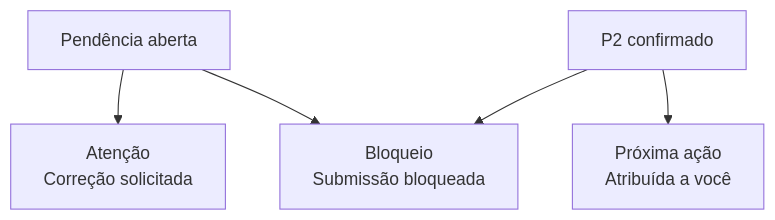
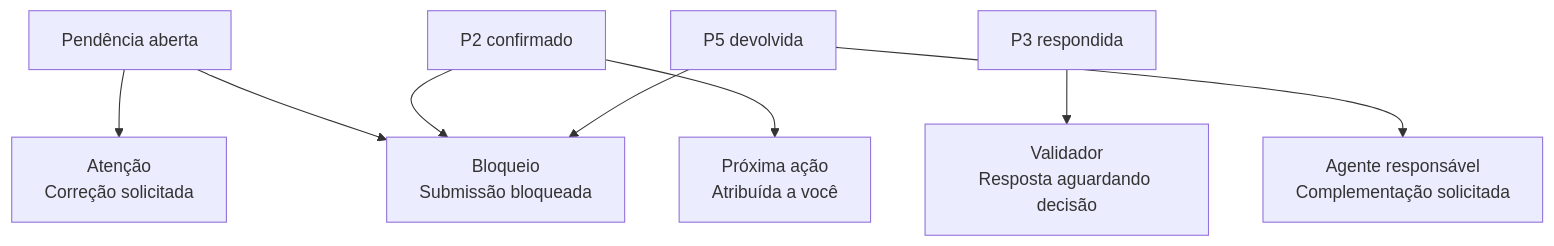
One commit to ailtonfv/governanca-lgpd-hortolandia changed diagram 22 of 25 in README.md. Above: the diagram before and after it, drawn with Mermaid. The commit also changed other lines of this file and 12 other files, not shown here.

````diff
--- a/README.md
+++ b/README.md
@@ -749,7 +806,10 @@
 ```mermaid
 flowchart TD
     A["Pendência aberta"] --> C["Atenção<br/>Correção solicitada"]
     A --> B["Bloqueio<br/>Submissão bloqueada"]
     P["P2 confirmado"] --> V["Próxima ação<br/>Atribuída a você"]
     P --> B
+    R["P3 respondida"] --> D["Validador<br/>Resposta aguardando decisão"]
+    X["P5 devolvida"] --> N["Agente responsável<br/>Complementação solicitada"]
+    X --> B
 ```
````
